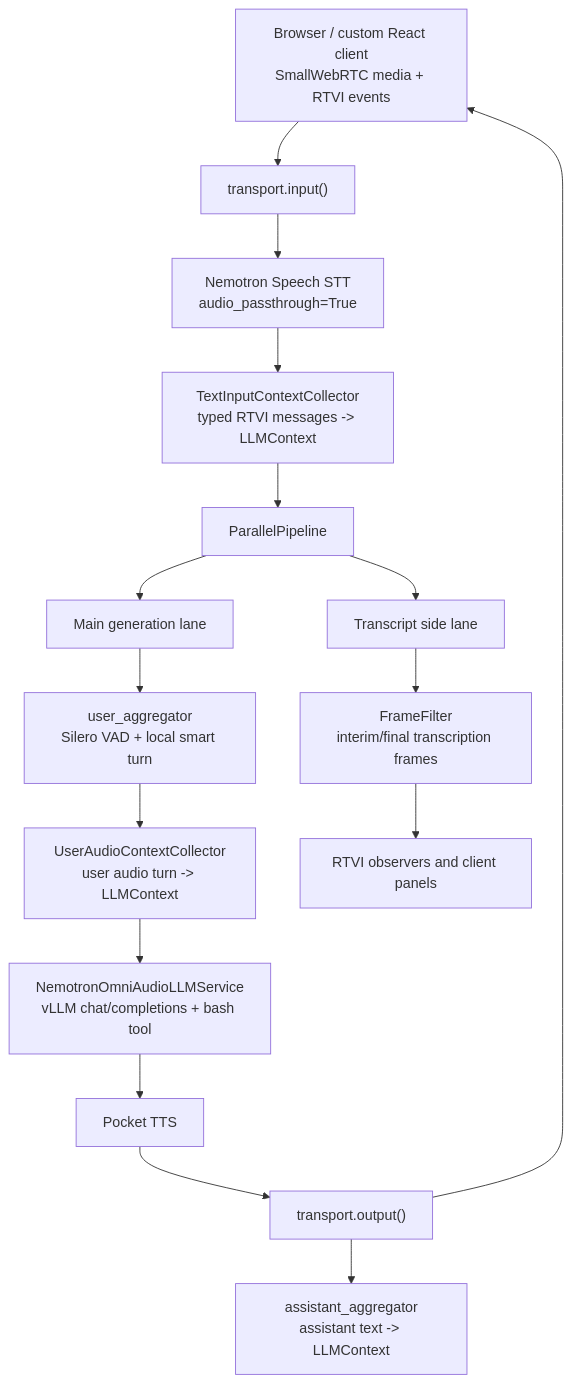
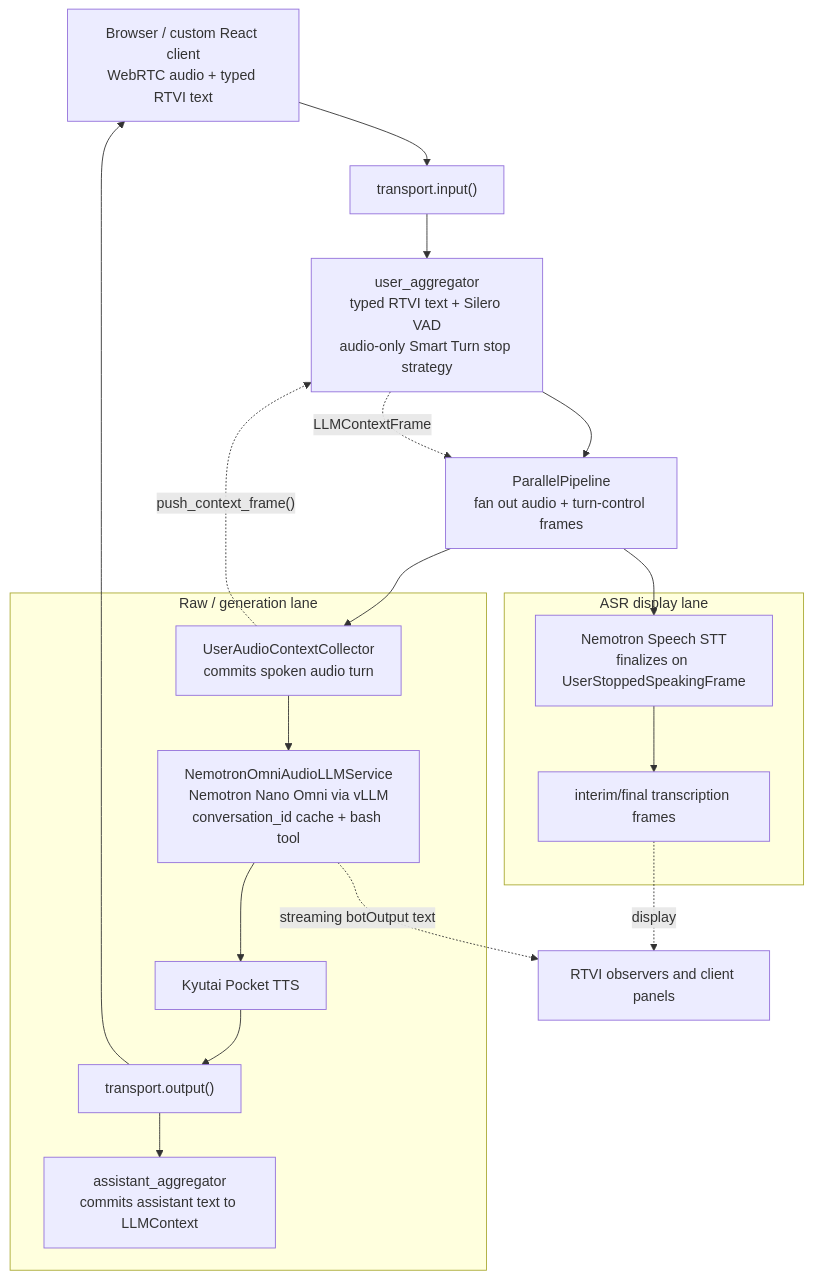
Before and after one commit to kwindla/nemotron-nano-omni: the diagram in README.md, drawn with Mermaid. The commit also changed other lines of this file and 4 other files, not shown here.

````diff
--- a/README.md
+++ b/README.md
@@ -105,20 +109,32 @@
 ```mermaid
 flowchart TD
-  Browser["Browser / custom React client<br/>SmallWebRTC media + RTVI events"] --> TransportIn["transport.input()"]
-  TransportIn --> STT["Nemotron Speech STT<br/>audio_passthrough=True"]
-  STT --> TextInput["TextInputContextCollector<br/>typed RTVI messages -> LLMContext"]
-  TextInput --> Parallel["ParallelPipeline"]
+  Browser["Browser / custom React client<br/>WebRTC audio + typed RTVI text"] --> TransportIn["transport.input()"]
+  TransportIn --> UserAgg["user_aggregator<br/>typed RTVI text + Silero VAD<br/>audio-only Smart Turn stop strategy"]
+  UserAgg --> Parallel["ParallelPipeline<br/>fan out audio + turn-control frames"]
 
-  Parallel --> MainLane["Main generation lane"]
-  MainLane --> UserAgg["user_aggregator<br/>Silero VAD + local smart turn"]
-  UserAgg --> AudioCollector["UserAudioContextCollector<br/>user audio turn -> LLMContext"]
-  AudioCollector --> LLM["NemotronOmniAudioLLMService<br/>vLLM chat/completions + bash tool"]
-  LLM --> TTS["Pocket TTS"]
-  TTS --> TransportOut["transport.output()"]
+  subgraph RawLane["Raw / generation lane"]
+    AudioCollector["UserAudioContextCollector<br/>commits spoken audio turn"]
+    LLM["NemotronOmniAudioLLMService<br/>Nemotron Nano Omni via vLLM<br/>conversation_id cache + bash tool"]
+    TTS["Kyutai Pocket TTS"]
+    TransportOut["transport.output()"]
+    AssistantAgg["assistant_aggregator<br/>commits assistant text to LLMContext"]
+
+    AudioCollector --> LLM --> TTS --> TransportOut --> AssistantAgg
+  end
+
+  subgraph AsrLane["ASR display lane"]
+    STT["Nemotron Speech STT<br/>finalizes on UserStoppedSpeakingFrame"]
+    TranscriptFrames["interim/final transcription frames"]
+
+    STT --> TranscriptFrames
+  end
+
+  Parallel --> AudioCollector
+  Parallel --> STT
+
+  AudioCollector -. "push_context_frame()" .-> UserAgg
+  UserAgg -. "LLMContextFrame" .-> Parallel
   TransportOut --> Browser
-  TransportOut --> AssistantAgg["assistant_aggregator<br/>assistant text -> LLMContext"]
-
-  Parallel --> TranscriptLane["Transcript side lane"]
-  TranscriptLane --> TranscriptFilter["FrameFilter<br/>interim/final transcription frames"]
-  TranscriptFilter --> RTVI["RTVI observers and client panels"]
+  TranscriptFrames -. "display" .-> RTVI["RTVI observers and client panels"]
+  LLM -. "streaming botOutput text" .-> RTVI
 ```
````
